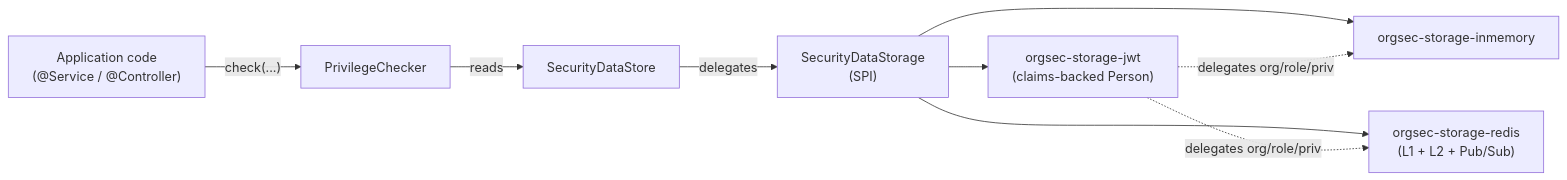
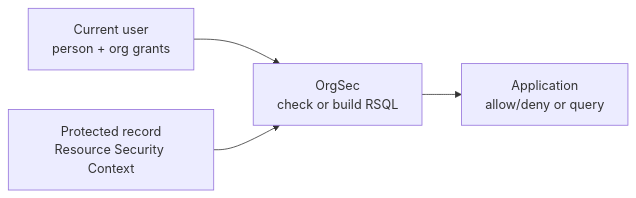
Before and after one commit to Nomendi6/orgsec: the diagram in docs/index.md, drawn with Mermaid. The commit also changed other lines of this file and 53 other files, not shown here.

````diff
--- a/docs/index.md
+++ b/docs/index.md
@@ -27,11 +23,11 @@
 ```mermaid
 flowchart LR
-    App["Application code<br/>(@Service / @Controller)"] -->|"check(...)"| Checker["PrivilegeChecker"]
-    Checker -->|reads| Store["SecurityDataStore"]
-    Store -->|delegates| Storage["SecurityDataStorage<br/>(SPI)"]
-    Storage --> InMem["orgsec-storage-inmemory"]
-    Storage --> Redis["orgsec-storage-redis<br/>(L1 + L2 + Pub/Sub)"]
-    Storage --> Jwt["orgsec-storage-jwt<br/>(claims-backed Person)"]
-    Jwt -.delegates org/role/priv.-> InMem
-    Jwt -.delegates org/role/priv.-> Redis
+    User["Current user<br/>person + org grants"]
+    Resource["Protected record<br/>Resource Security Context"]
+    OrgSec["OrgSec<br/>check or build RSQL"]
+    App["Application<br/>allow/deny or query"]
+
+    User --> OrgSec
+    Resource --> OrgSec
+    OrgSec --> App
 ```
````
